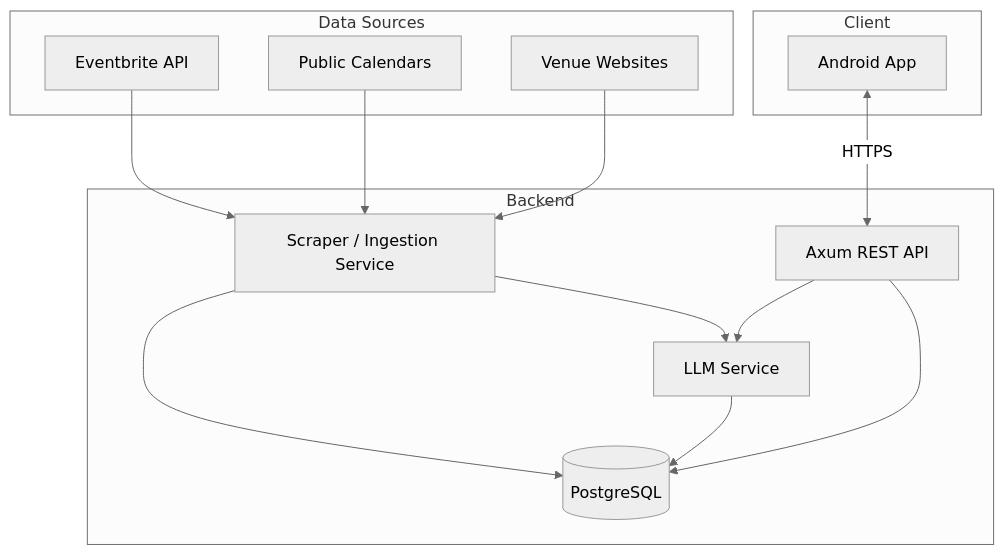
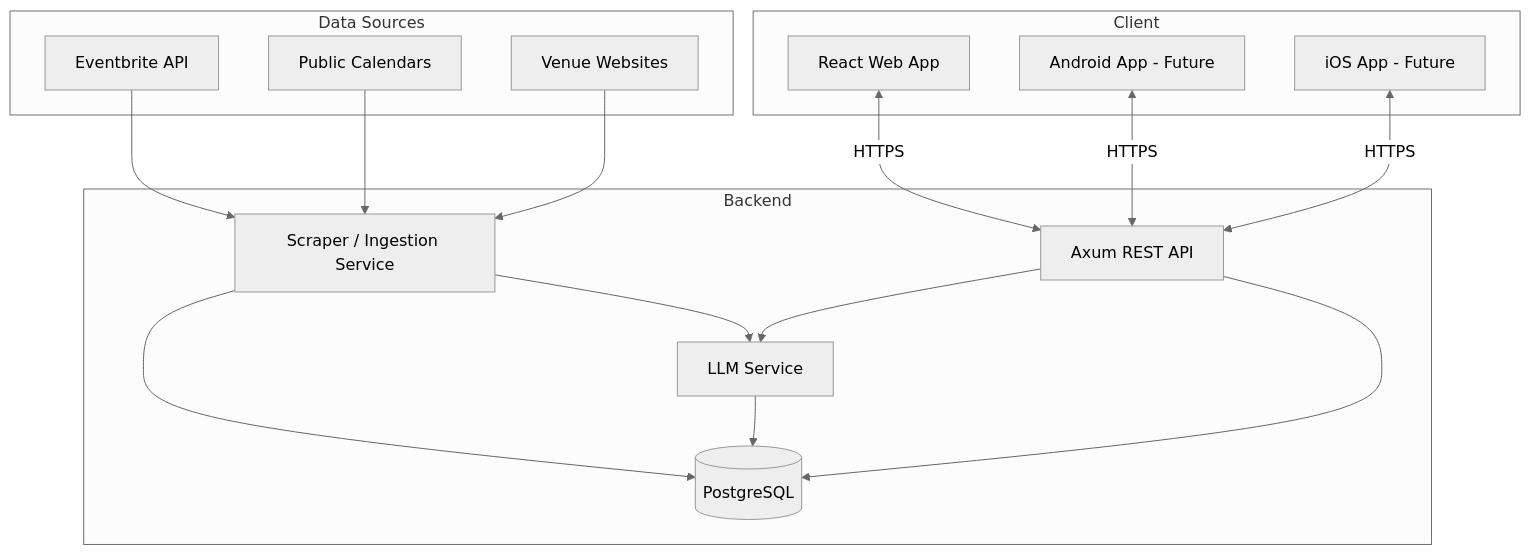
One commit to locate918/capstone changed the diagram in README.md. Above: the diagram before and after it, drawn with Mermaid (neutral theme). The commit also changed other lines of this file, not shown here.

First line of the commit message:
Revise README for web and mobile application details

````diff
--- a/README.md
+++ b/README.md
@@ -46,29 +53,33 @@
 ```mermaid
 flowchart TB
     subgraph Data Sources
         A1[Eventbrite API]
         A2[Public Calendars]
         A3[Venue Websites]
     end
     
     subgraph Backend
         B[Axum REST API]
         C[Scraper / Ingestion Service]
         D[LLM Service]
         E[(PostgreSQL)]
     end
     
     subgraph Client
-        F[Android App]
+        F[React Web App]
+        G[Android App - Future]
+        H[iOS App - Future]
     end
     
     A1 --> C
     A2 --> C
     A3 --> C
     C --> E
     C --> D
     D --> E
     F <-->|HTTPS| B
+    G <-->|HTTPS| B
+    H <-->|HTTPS| B
     B --> E
     B --> D
 ```
````
